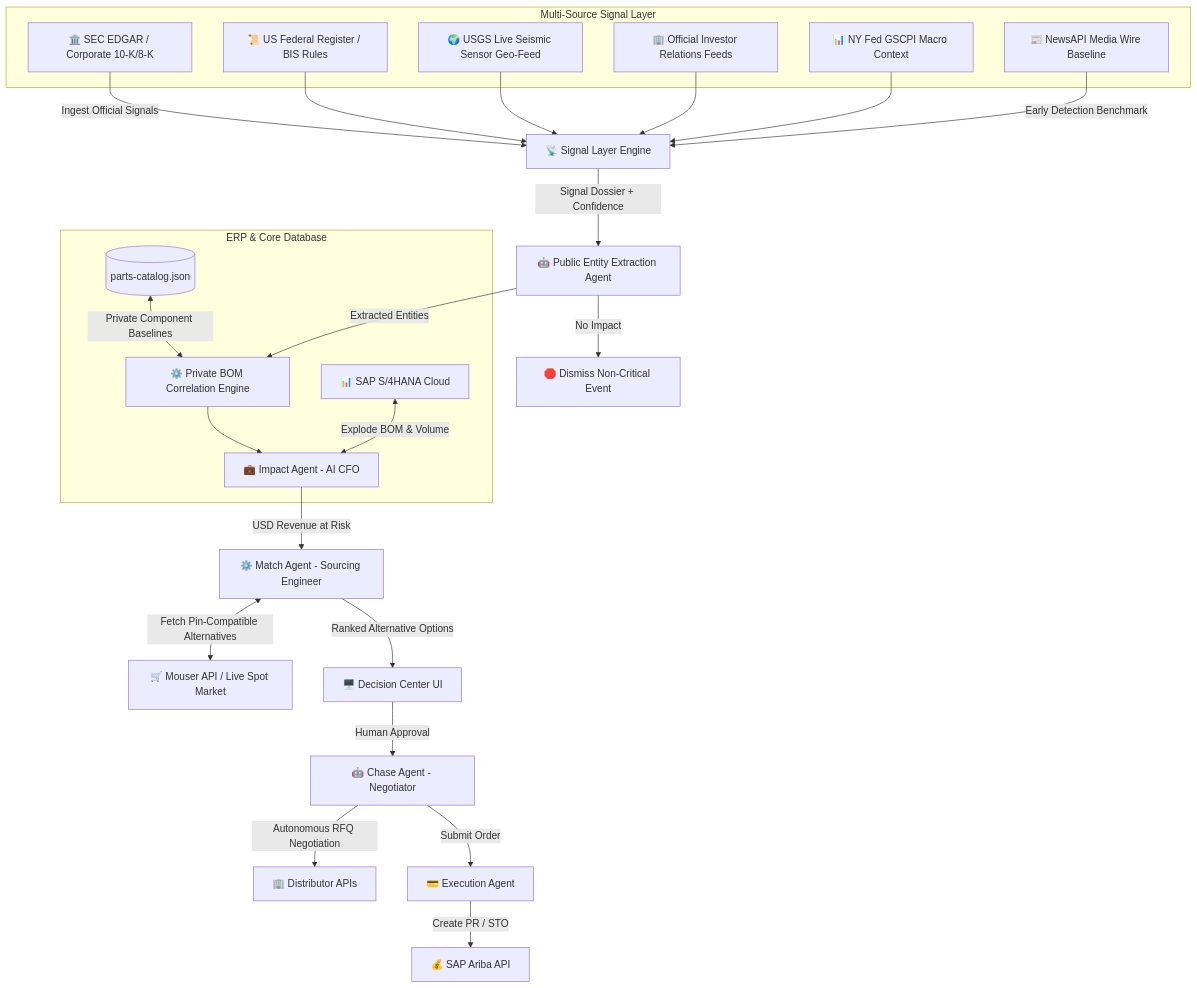
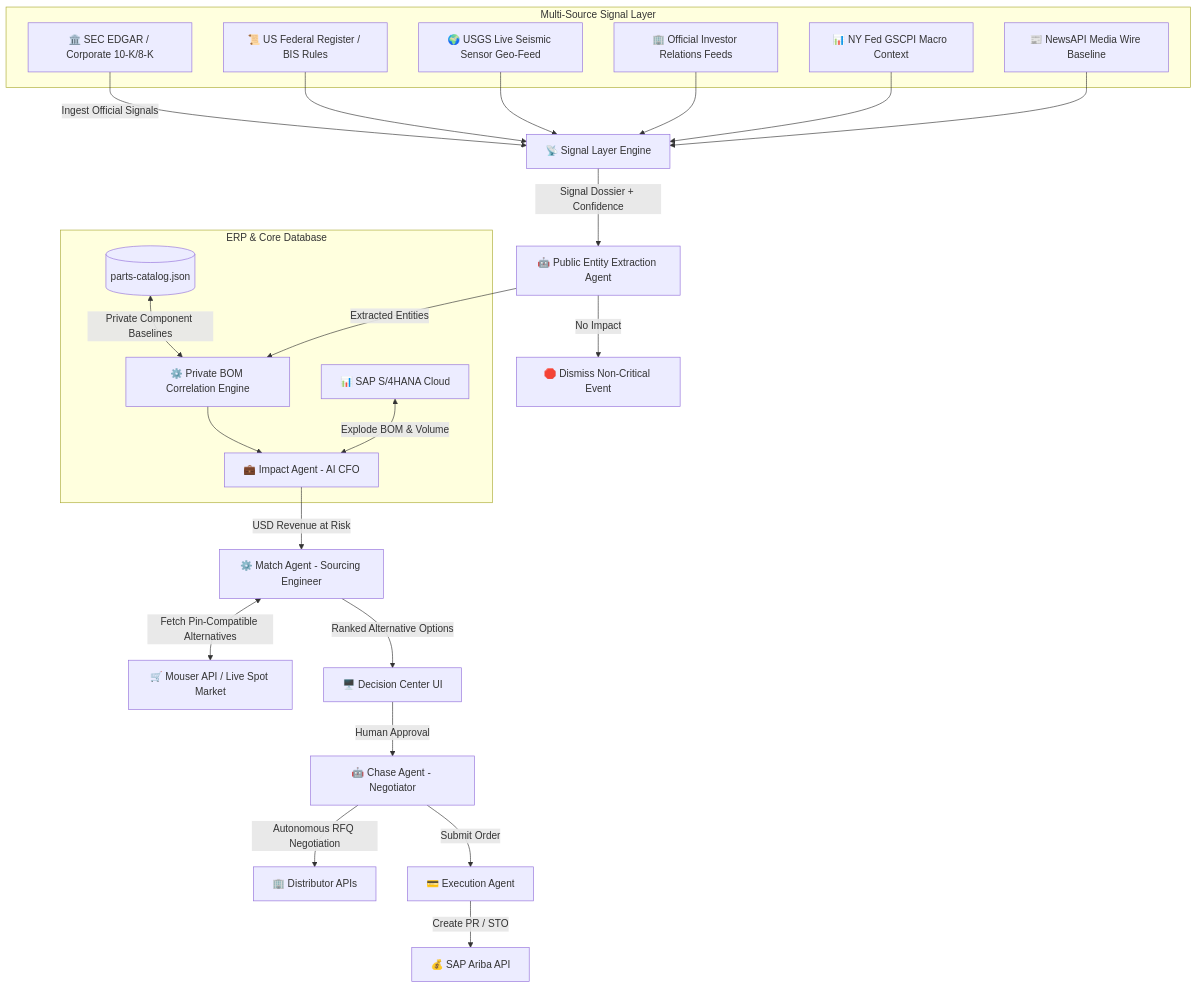
The diagram in sentinelchain_analysis.md (itsksfit/SentinelChain_SAP), drawn with Mermaid before and after one commit. The commit also changed other lines of this file and 8 other files, not shown here.

Commit message:
remove early news detection 10 hours before public news

````diff
--- a/sentinelchain_analysis.md
+++ b/sentinelchain_analysis.md
@@ -33,39 +33,39 @@
 ```mermaid
 graph TD
     subgraph Multi-Source Signal Layer
         SEC[🏛️ SEC EDGAR / Corporate 10-K/8-K]
         BIS[📜 US Federal Register / BIS Rules]
         USGS[🌍 USGS Live Seismic Sensor Geo-Feed]
         IR[🏢 Official Investor Relations Feeds]
         GSCPI[📊 NY Fed GSCPI Macro Context]
         NewsAPI[📰 NewsAPI Media Wire Baseline]
     end
 
     SEC -->|Ingest Official Signals| SignalLayer[📡 Signal Layer Engine]
     BIS --> SignalLayer
     USGS --> SignalLayer
     IR --> SignalLayer
     GSCPI --> SignalLayer
-    NewsAPI -->|Early Detection Benchmark| SignalLayer
+    NewsAPI --> SignalLayer
 
     SignalLayer -->|Signal Dossier + Confidence| DetectAgent[🤖 Public Entity Extraction Agent]
     DetectAgent -->|No Impact| Terminate[🛑 Dismiss Non-Critical Event]
     DetectAgent -->|Extracted Entities| BomCorrelator[⚙️ Private BOM Correlation Engine]
     
     subgraph ERP & Core Database
         SAP_S4[📊 SAP S/4HANA Cloud] <-->|Explode BOM & Volume| ImpactAgent[💼 Impact Agent - AI CFO]
         PartsCatalog[(parts-catalog.json)] <-->|Private Component Baselines| BomCorrelator
     end
 
     BomCorrelator --> ImpactAgent
     ImpactAgent -->|USD Revenue at Risk| MatchAgent[⚙️ Match Agent - Sourcing Engineer]
     MatchAgent <-->|Fetch Pin-Compatible Alternatives| MouserAPI[🛒 Mouser API / Live Spot Market]
     
     MatchAgent -->|Ranked Alternative Options| DecisionCenter[🖥️ Decision Center UI]
     DecisionCenter -->|Human Approval| ChaseAgent[🤖 Chase Agent - Negotiator]
     
     ChaseAgent -->|Autonomous RFQ Negotiation| Vendor[🏢 Distributor APIs]
     ChaseAgent -->|Submit Order| ExecutionAgent[💳 Execution Agent]
     
     ExecutionAgent -->|Create PR / STO| SAP_Ariba[💰 SAP Ariba API]
 ```
````
